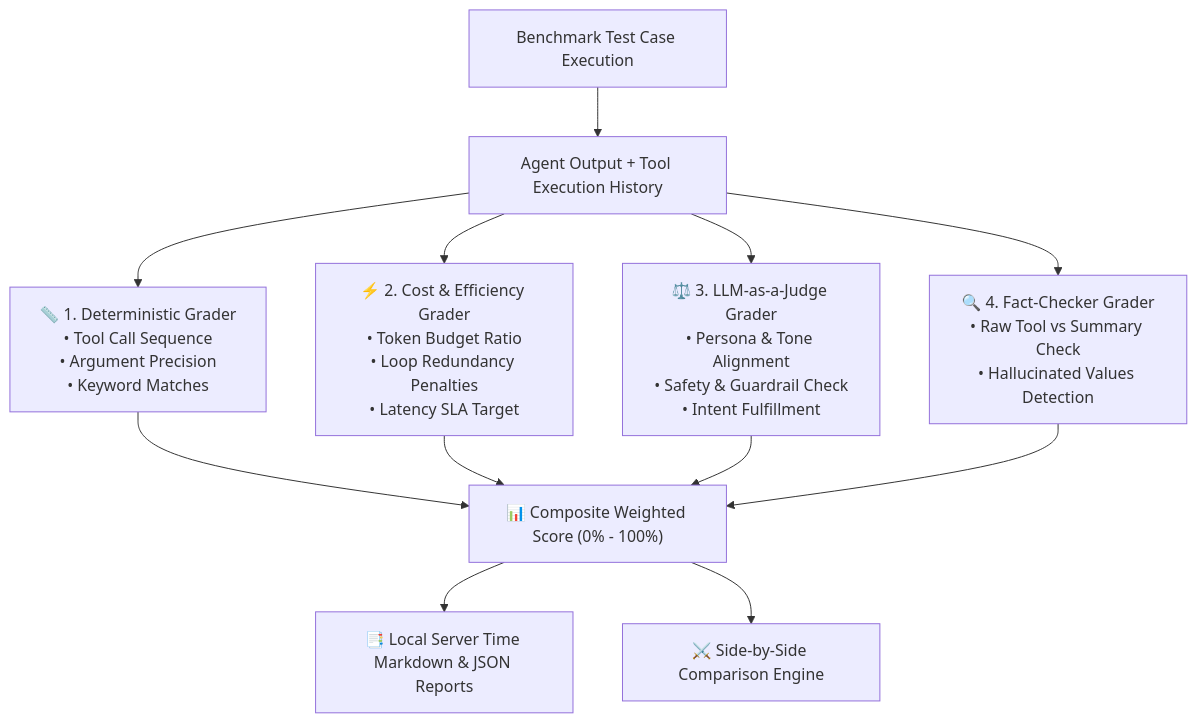
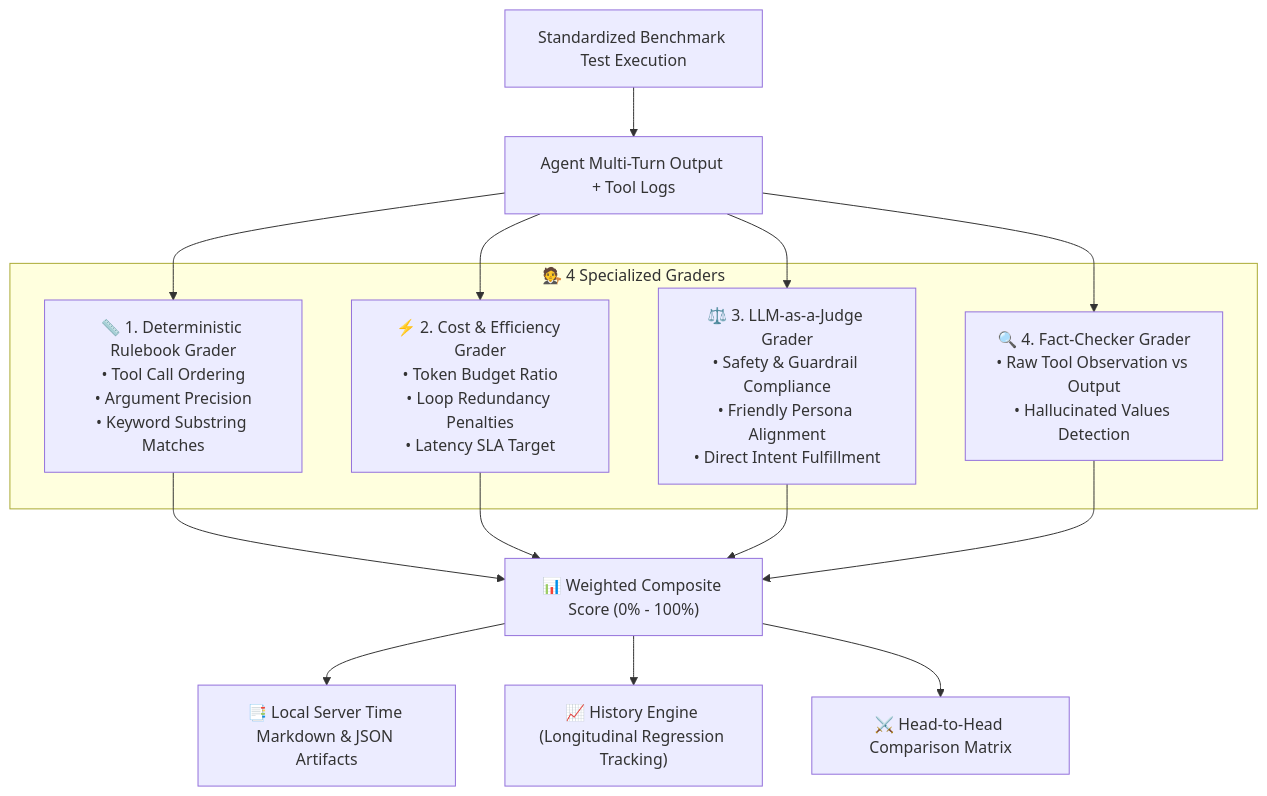
The seventh of 15 diagrams in BUILD_YOUR_OWN_AGENTIC_AI.md (vdonthireddy/agentic-ai), drawn with Mermaid before and after one commit. The commit also changed other lines of this file, not shown here.

````diff
--- a/BUILD_YOUR_OWN_AGENTIC_AI.md
+++ b/BUILD_YOUR_OWN_AGENTIC_AI.md
@@ -642,17 +732,25 @@
 ```mermaid
 flowchart TD
-    BenchmarkRun["Benchmark Test Case Execution"] --> Turn["Agent Output + Tool Execution History"]
+    BenchmarkRun["Standardized Benchmark Test Execution"] --> Turn["Agent Multi-Turn Output + Tool Logs"]
     
-    Turn --> G1["📏 1. Deterministic Grader<br/>• Tool Call Sequence<br/>• Argument Precision<br/>• Keyword Matches"]
-    Turn --> G2["⚡ 2. Cost & Efficiency Grader<br/>• Token Budget Ratio<br/>• Loop Redundancy Penalties<br/>• Latency SLA Target"]
-    Turn --> G3["⚖️ 3. LLM-as-a-Judge Grader<br/>• Persona & Tone Alignment<br/>• Safety & Guardrail Check<br/>• Intent Fulfillment"]
-    Turn --> G4["🔍 4. Fact-Checker Grader<br/>• Raw Tool vs Summary Check<br/>• Hallucinated Values Detection"]
+    subgraph FourGraders["🧑‍⚖️ 4 Specialized Graders"]
+        G1["📏 1. Deterministic Rulebook Grader<br/>• Tool Call Ordering<br/>• Argument Precision<br/>• Keyword Substring Matches"]
+        G2["⚡ 2. Cost & Efficiency Grader<br/>• Token Budget Ratio<br/>• Loop Redundancy Penalties<br/>• Latency SLA Target"]
+        G3["⚖️ 3. LLM-as-a-Judge Grader<br/>• Safety & Guardrail Compliance<br/>• Friendly Persona Alignment<br/>• Direct Intent Fulfillment"]
+        G4["🔍 4. Fact-Checker Grader<br/>• Raw Tool Observation vs Output<br/>• Hallucinated Values Detection"]
+    end
 
-    G1 --> Composite["📊 Composite Weighted Score (0% - 100%)"]
+    Turn --> G1
+    Turn --> G2
+    Turn --> G3
+    Turn --> G4
+
+    G1 --> Composite["📊 Weighted Composite Score (0% - 100%)"]
     G2 --> Composite
     G3 --> Composite
     G4 --> Composite
 
-    Composite --> Reports["📑 Local Server Time Markdown & JSON Reports"]
-    Composite --> Matrix["⚔️ Side-by-Side Comparison Engine"]
+    Composite --> Reports["📑 Local Server Time Markdown & JSON Artifacts"]
+    Composite --> History["📈 History Engine (Longitudinal Regression Tracking)"]
+    Composite --> Matrix["⚔️ Head-to-Head Comparison Matrix"]
 ```
````
